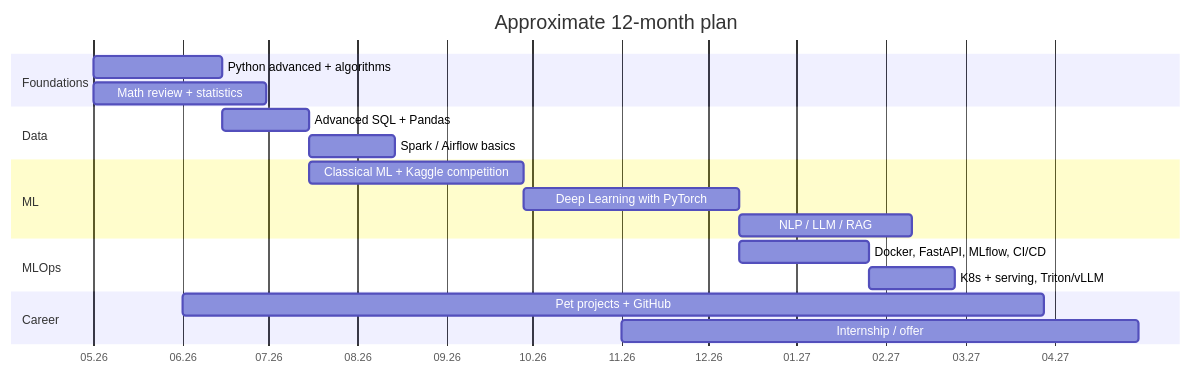
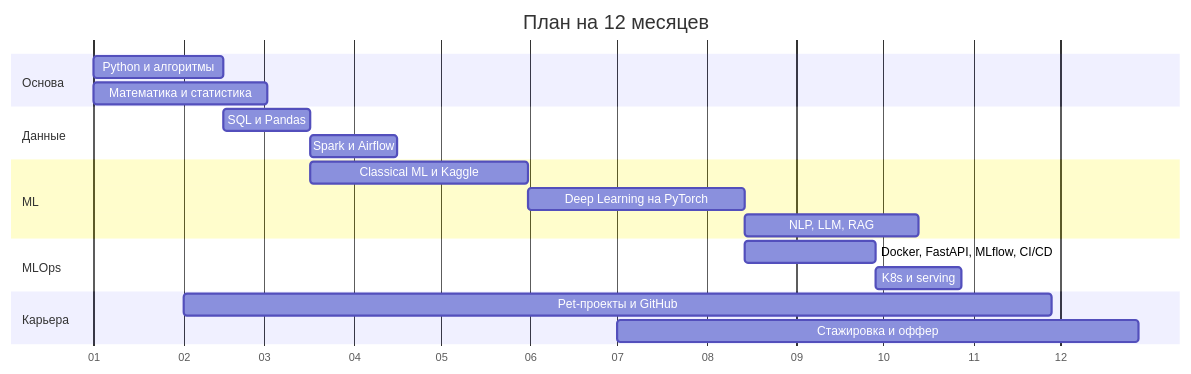
One commit to zqf20096327/ai_collect changed the second of 2 diagrams in data/readmes/vincere-mori__ml-engineer-roadmap.md. Above: the diagram before and after it, drawn with Mermaid. The commit also changed other lines of this file and 2035 other files, not shown here.

````diff
--- a/data/readmes/vincere-mori__ml-engineer-roadmap.md
+++ b/data/readmes/vincere-mori__ml-engineer-roadmap.md
@@ -76,27 +141,27 @@
 ```mermaid
 gantt
-    title Approximate 12-month plan
+    title План на 12 месяцев
     dateFormat  YYYY-MM-DD
-    axisFormat  %m.%y
+    axisFormat  %m
 
-    section Foundations
-    Python advanced + algorithms   :a1, 2026-05-01, 45d
-    Math review + statistics       :a2, 2026-05-01, 60d
+    section Основа
+    Python и алгоритмы             :a1, 2026-01-01, 45d
+    Математика и статистика        :a2, 2026-01-01, 60d
 
-    section Data
-    Advanced SQL + Pandas          :b1, after a1, 30d
-    Spark / Airflow basics         :b2, after b1, 30d
+    section Данные
+    SQL и Pandas                   :b1, after a1, 30d
+    Spark и Airflow                :b2, after b1, 30d
 
     section ML
-    Classical ML + Kaggle competition :c1, after b1, 75d
-    Deep Learning with PyTorch        :c2, after c1, 75d
-    NLP / LLM / RAG                   :c3, after c2, 60d
+    Classical ML и Kaggle          :c1, after b1, 75d
+    Deep Learning на PyTorch       :c2, after c1, 75d
+    NLP, LLM, RAG                  :c3, after c2, 60d
 
     section MLOps
     Docker, FastAPI, MLflow, CI/CD :d1, after c2, 45d
-    K8s + serving, Triton/vLLM     :d2, after d1, 30d
+    K8s и serving                  :d2, after d1, 30d
 
-    section Career
-    Pet projects + GitHub          :e1, 2026-06-01, 300d
-    Internship / offer             :e2, 2026-11-01, 180d
+    section Карьера
+    Pet-проекты и GitHub           :e1, 2026-02-01, 300d
+    Стажировка и оффер             :e2, 2026-07-01, 180d
 ```
````
